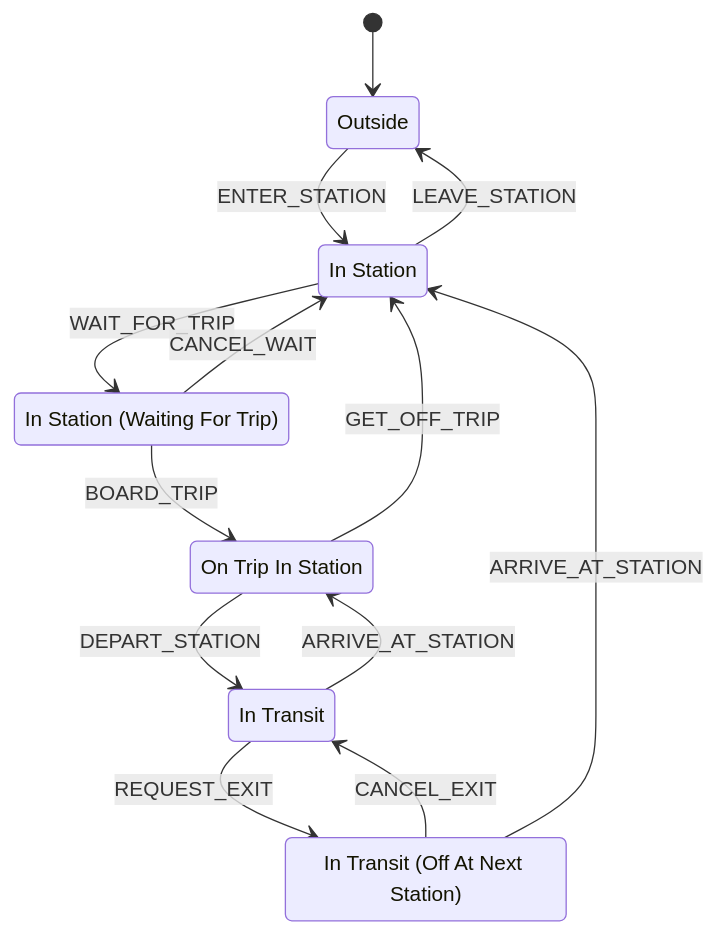
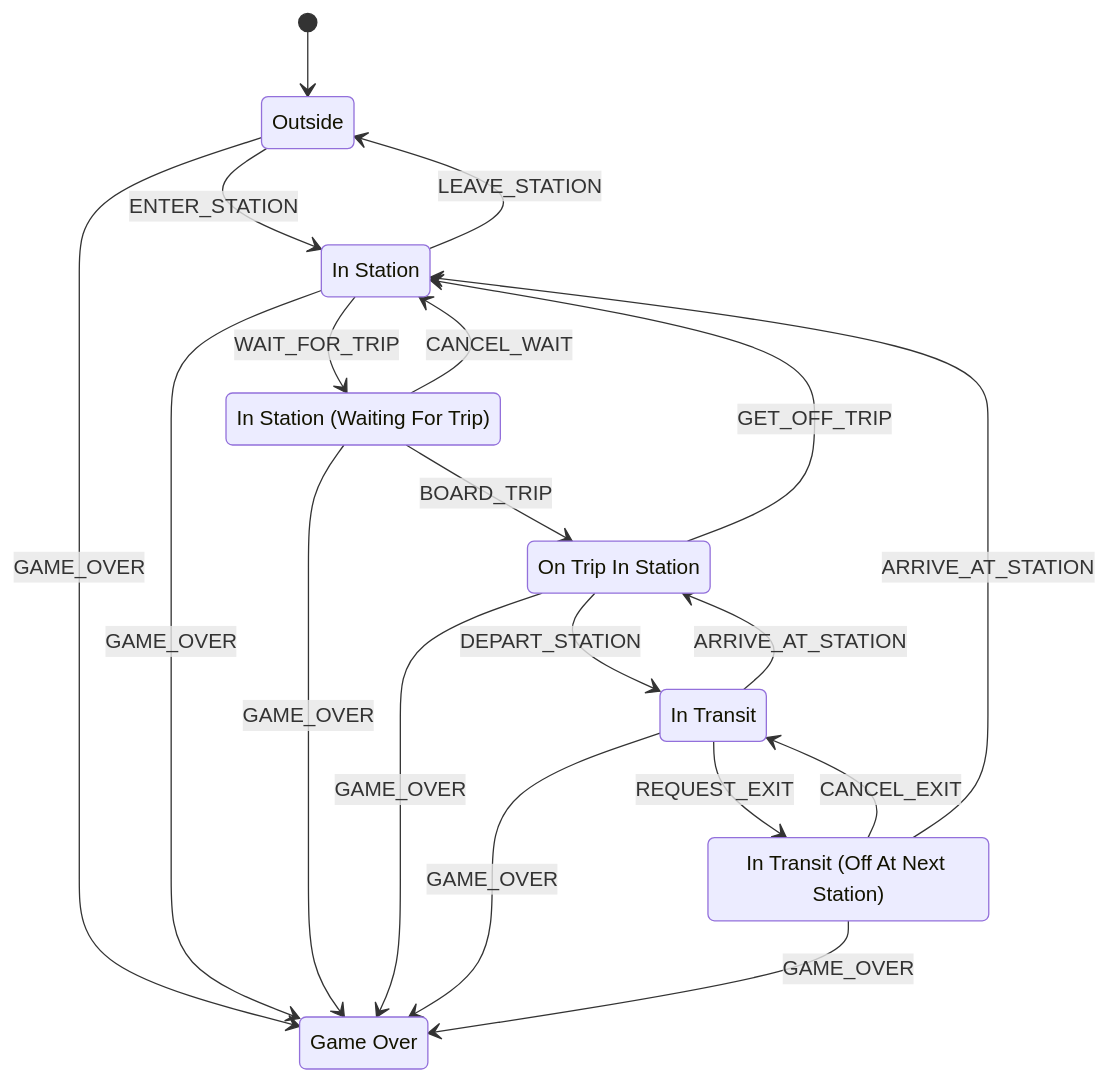
The diagram in docs/game-state-machine.md (bao987654321/Subway_game_frontend), drawn with Mermaid before and after one commit. The commit also changed other lines of this file and 14 other files, not shown here.

First line of the commit message:
Add station entry options and a terminal game over state

````diff
--- a/docs/game-state-machine.md
+++ b/docs/game-state-machine.md
@@ -61,25 +63,33 @@
 ```mermaid
 stateDiagram-v2
     state "Outside" as Outside
     state "In Station" as InStation
     state "In Station (Waiting For Trip)" as Waiting
     state "On Trip In Station" as OnTrip
     state "In Transit" as InTransit
     state "In Transit (Off At Next Station)" as GettingOff
+    state "Game Over" as GameOver
 
     [*] --> Outside
     Outside --> InStation: ENTER_STATION
     InStation --> Outside: LEAVE_STATION
 
     InStation --> Waiting: WAIT_FOR_TRIP
     Waiting --> InStation: CANCEL_WAIT
     Waiting --> OnTrip: BOARD_TRIP
 
     OnTrip --> InStation: GET_OFF_TRIP
     OnTrip --> InTransit: DEPART_STATION
     InTransit --> OnTrip: ARRIVE_AT_STATION
 
     InTransit --> GettingOff: REQUEST_EXIT
     GettingOff --> InTransit: CANCEL_EXIT
     GettingOff --> InStation: ARRIVE_AT_STATION
+
+    Outside --> GameOver: GAME_OVER
+    InStation --> GameOver: GAME_OVER
+    Waiting --> GameOver: GAME_OVER
+    OnTrip --> GameOver: GAME_OVER
+    InTransit --> GameOver: GAME_OVER
+    GettingOff --> GameOver: GAME_OVER
 ```
````
